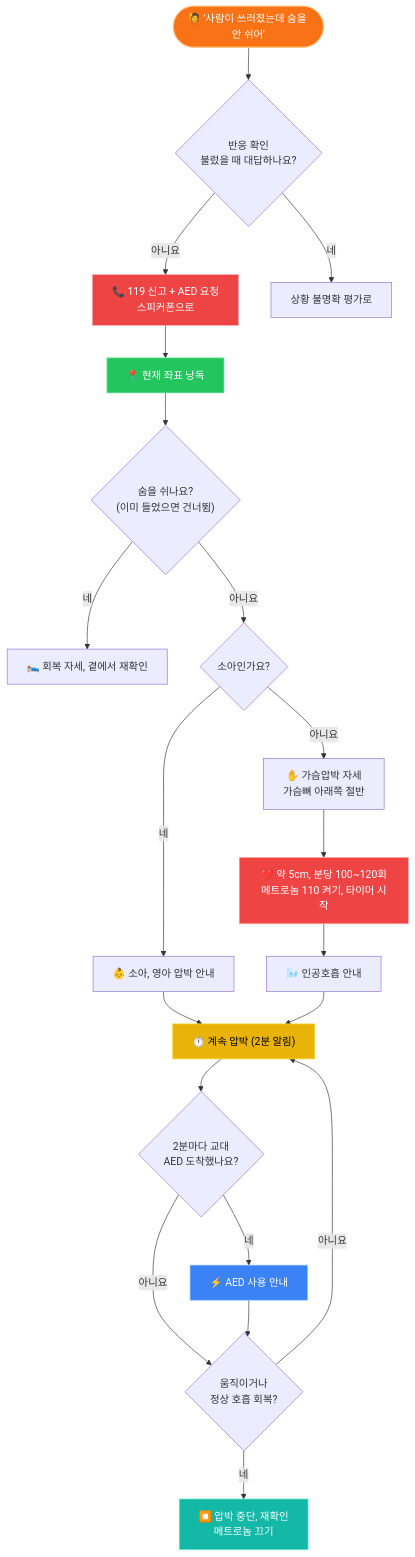
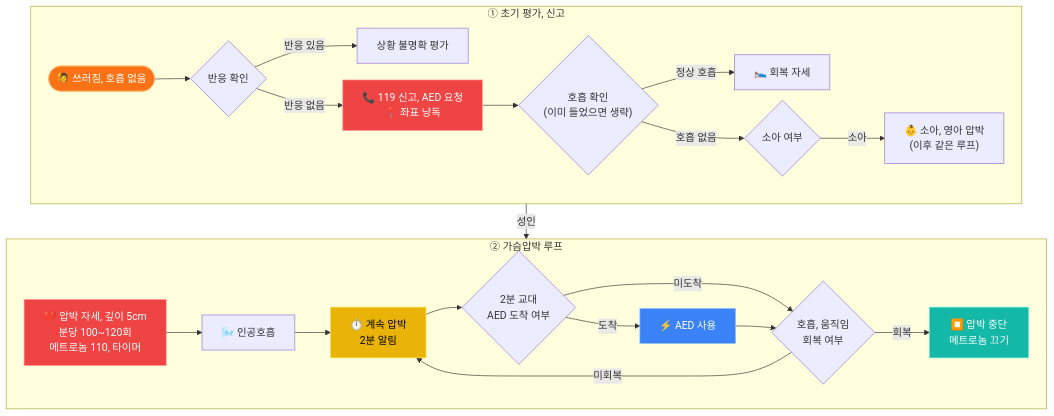
One commit to savedream/.github changed the fifth of 6 diagrams in profile/README.md. Above: the diagram before and after it, drawn with Mermaid. The commit also changed other lines of this file, not shown here.

Commit message:
chore : 조직 프로필 다이어그램과 표를 가로형으로 바꾸기

````diff
--- a/profile/README.md
+++ b/profile/README.md
@@ -266,30 +260,33 @@
 ```mermaid
-flowchart TD
-    S(["🙋 '사람이 쓰러졌는데 숨을 안 쉬어'"]) --> A{"반응 확인<br/>불렀을 때 대답하나요?"}
-    A -->|아니요| B["📞 119 신고 + AED 요청<br/>스피커폰으로"]
-    A -->|네| X["상황 불명확 평가로"]
-    B --> C["📍 현재 좌표 낭독"]
-    C --> D{"숨을 쉬나요?<br/>(이미 들었으면 건너뜀)"}
-    D -->|네| R1["🛌 회복 자세, 곁에서 재확인"]
-    D -->|아니요| E{"소아인가요?"}
-    E -->|네| K["👶 소아, 영아 압박 안내"]
-    E -->|아니요| F["✋ 가슴압박 자세<br/>가슴뼈 아래쪽 절반"]
-    F --> G["❤️ 약 5cm, 분당 100~120회<br/>메트로놈 110 켜기, 타이머 시작"]
-    G --> H["🌬️ 인공호흡 안내"]
-    K --> I
-    H --> I["⏱️ 계속 압박 (2분 알림)"]
-    I --> J{"2분마다 교대<br/>AED 도착했나요?"}
-    J -->|네| AED["⚡ AED 사용 안내"]
-    J -->|아니요| M{"움직이거나<br/>정상 호흡 회복?"}
-    AED --> M
-    M -->|아니요| I
-    M -->|네| N["⏹️ 압박 중단, 재확인<br/>메트로놈 끄기"]
+%%{init: {"flowchart": {"rankSpacing": 30, "nodeSpacing": 16}}}%%
+flowchart TB
+    subgraph P1["① 초기 평가, 신고"]
+        direction LR
+        S(["🙋 쓰러짐, 호흡 없음"]) --> A{"반응 확인"}
+        A -->|반응 있음| X["상황 불명확 평가"]
+        A -->|반응 없음| B["📞 119 신고, AED 요청<br/>📍 좌표 낭독"]
+        B --> D{"호흡 확인<br/>(이미 들었으면 생략)"}
+        D -->|정상 호흡| R1["🛌 회복 자세"]
+        D -->|호흡 없음| E{"소아 여부"}
+        E -->|소아| K["👶 소아, 영아 압박<br/>(이후 같은 루프)"]
+    end
+    subgraph P2["② 가슴압박 루프"]
+        direction LR
+        G["❤️ 압박 자세, 깊이 5cm<br/>분당 100~120회<br/>메트로놈 110, 타이머"] --> H["🌬️ 인공호흡"]
+        H --> I["⏱️ 계속 압박<br/>2분 알림"]
+        I --> J{"2분 교대<br/>AED 도착 여부"}
+        J -->|도착| AED["⚡ AED 사용"]
+        J -->|미도착| M{"호흡, 움직임<br/>회복 여부"}
+        AED --> M
+        M -->|미회복| I
+        M -->|회복| N["⏹️ 압박 중단<br/>메트로놈 끄기"]
+    end
+    P1 -->|성인| P2
 
     style S fill:#f97316,color:#fff,stroke:#fdba74
     style B fill:#ef4444,color:#fff,stroke:#fca5a5
-    style C fill:#22c55e,color:#fff,stroke:#86efac
     style G fill:#ef4444,color:#fff,stroke:#fca5a5
     style I fill:#eab308,color:#000,stroke:#fde047
     style AED fill:#3b82f6,color:#fff,stroke:#93c5fd
     style N fill:#14b8a6,color:#fff,stroke:#5eead4
 ```
````
